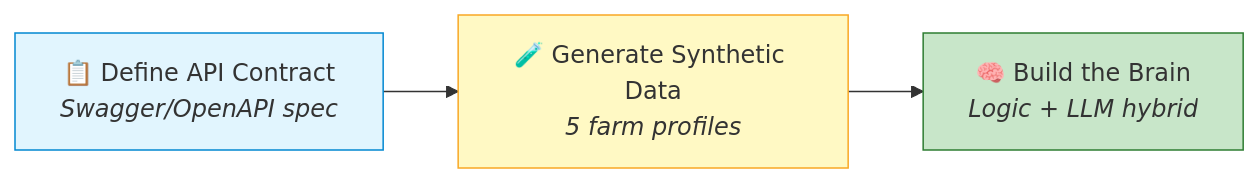
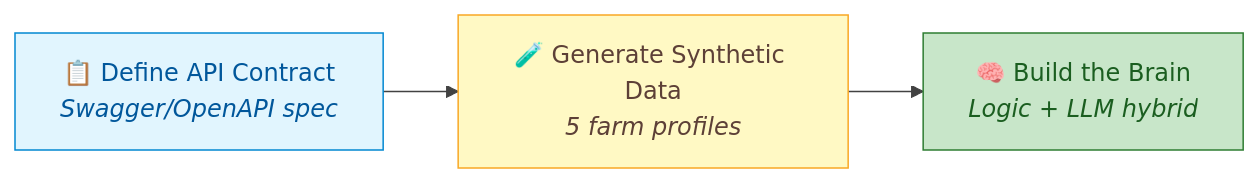
One commit to Px8Studio/yonja changed the ninth of 9 diagrams in docs/zekalab/02-GAP-ANALYSIS.md. Above: the diagram before and after it, drawn with Mermaid. The commit also changed other lines of this file and 2 other files, not shown here.

Commit message:
Refine styling in architecture diagrams for improved clarity and consistency

````diff
--- a/docs/zekalab/02-GAP-ANALYSIS.md
+++ b/docs/zekalab/02-GAP-ANALYSIS.md
@@ -271,12 +277,13 @@
 ```mermaid
+%%{init: {'theme': 'base', 'themeVariables': { 'primaryTextColor': '#1a1a1a', 'lineColor': '#424242'}}}%%
 flowchart LR
     step1["📋 Define API Contract<br/><i>Swagger/OpenAPI spec</i>"]
     step2["🧪 Generate Synthetic Data<br/><i>5 farm profiles</i>"]
     step3["🧠 Build the Brain<br/><i>Logic + LLM hybrid</i>"]
     
     step1 --> step2 --> step3
     
-    style step1 fill:#e1f5fe,stroke:#0288d1
-    style step2 fill:#fff9c4,stroke:#f9a825
-    style step3 fill:#c8e6c9,stroke:#2e7d32
+    style step1 fill:#e1f5fe,stroke:#0288d1,color:#01579b
+    style step2 fill:#fff9c4,stroke:#f9a825,color:#5d4037
+    style step3 fill:#c8e6c9,stroke:#2e7d32,color:#1b5e20
 ```
````
